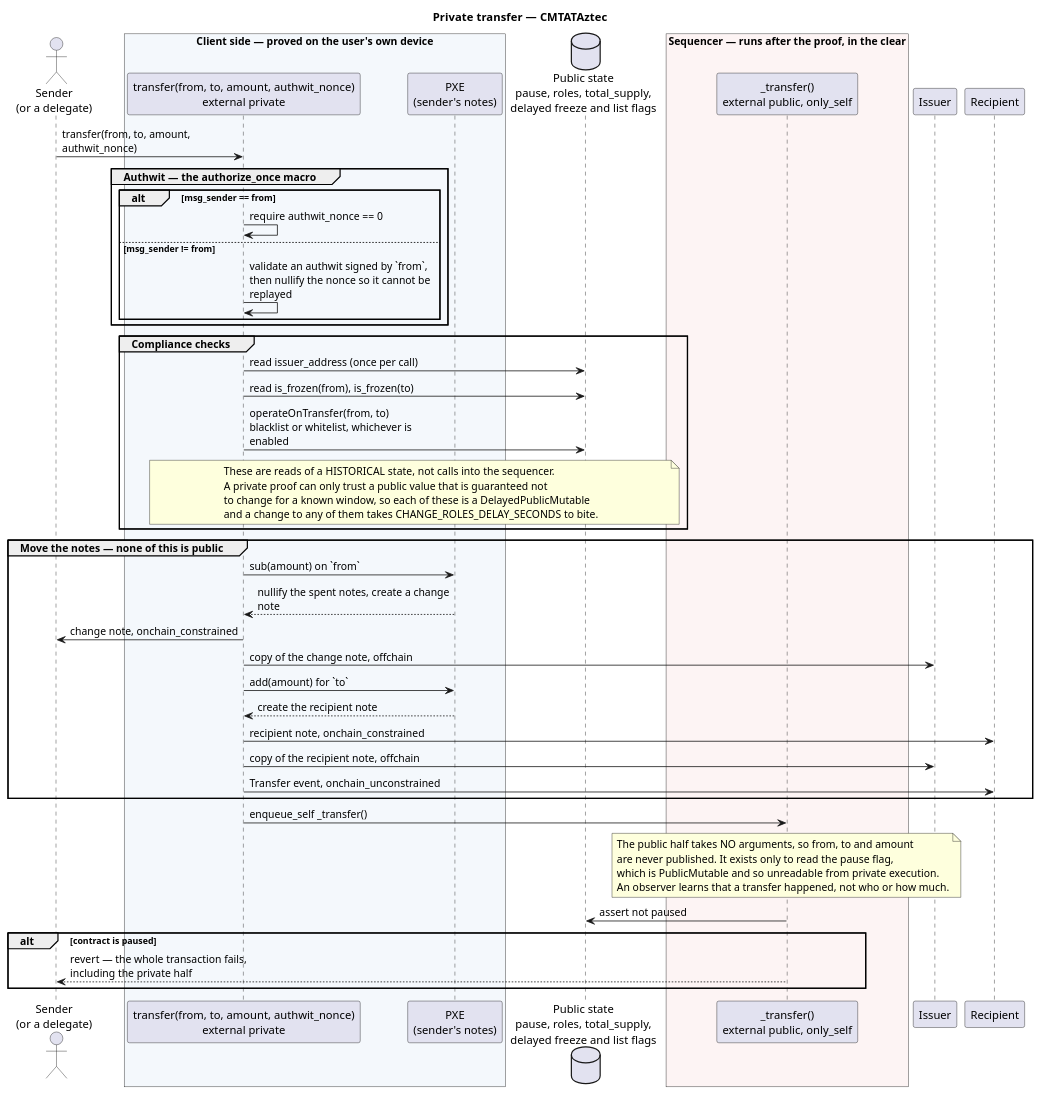
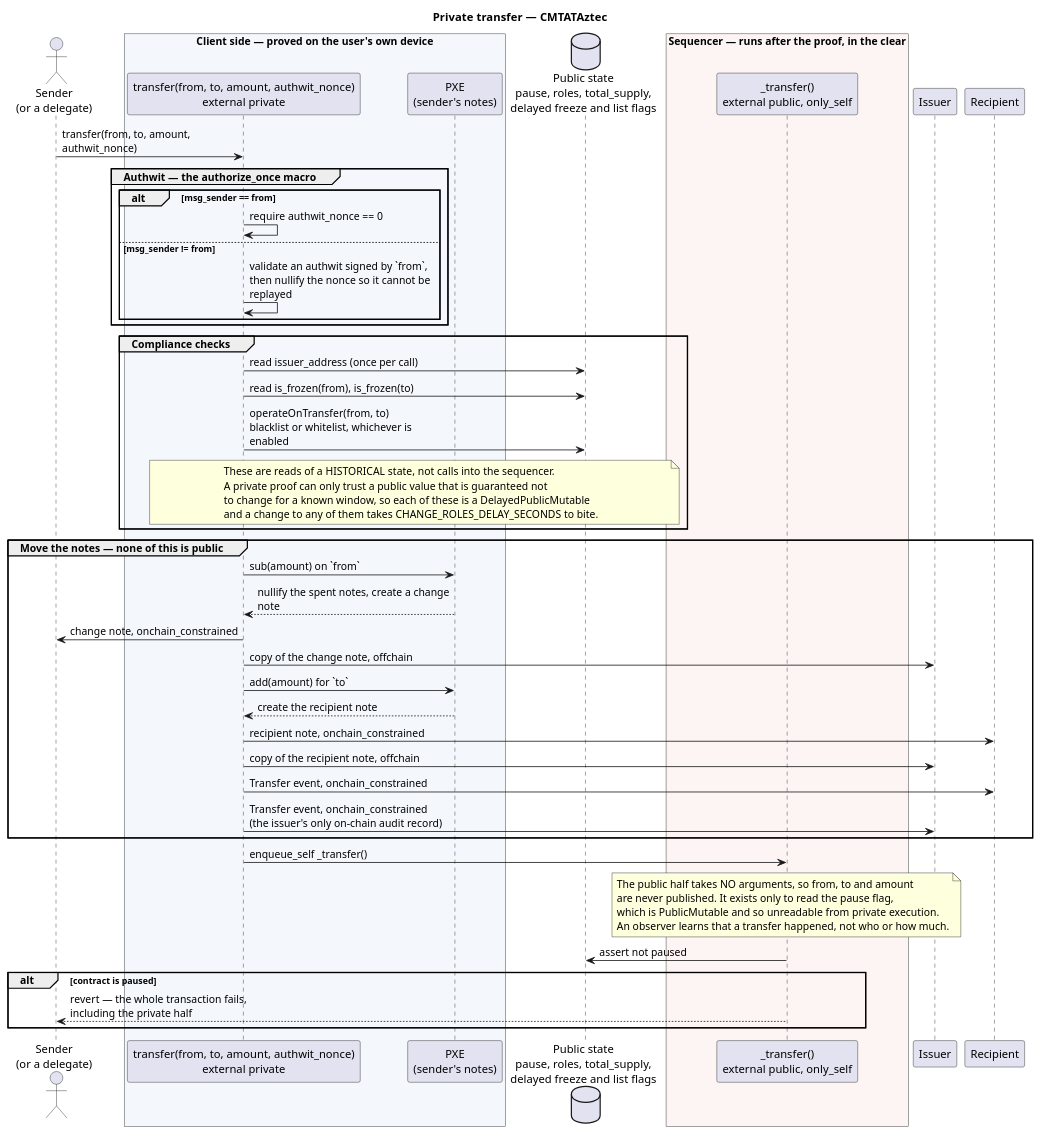
The diagram in doc/img/transfer-flow.puml (CMTA/private-CMTAT-aztec), drawn with PlantUML before and after one commit. The commit also changed 12 other files, not shown here.

Commit message:
feat: deliver the Transfer event constrained to the recipient and the issuer, lowering the transfer batch cap to two

```diff
--- a/doc/img/transfer-flow.puml
+++ b/doc/img/transfer-flow.puml
@@ -1,65 +1,66 @@
 @startuml
 title Private transfer — CMTATAztec
 
 skinparam sequenceMessageAlign left
 skinparam maxMessageSize 250
 
 actor "Sender\n(or a delegate)" as Caller
 box "Client side — proved on the user's own device" #F4F8FC
 participant "transfer(from, to, amount, authwit_nonce)\nexternal private" as Priv
 participant "PXE\n(sender's notes)" as PXE
 end box
 database "Public state\npause, roles, total_supply,\ndelayed freeze and list flags" as PS
 box "Sequencer — runs after the proof, in the clear" #FDF4F4
 participant "_transfer()\nexternal public, only_self" as Pub
 end box
 participant "Issuer" as Issuer
 participant "Recipient" as To
 
 Caller -> Priv : transfer(from, to, amount, authwit_nonce)
 
 group Authwit — the authorize_once macro
   alt msg_sender == from
     Priv -> Priv : require authwit_nonce == 0
   else msg_sender != from
     Priv -> Priv : validate an authwit signed by `from`,\nthen nullify the nonce so it cannot be replayed
   end
 end
 
 group Compliance checks
   Priv -> PS : read issuer_address (once per call)
   Priv -> PS : read is_frozen(from), is_frozen(to)
   Priv -> PS : operateOnTransfer(from, to)\nblacklist or whitelist, whichever is enabled
   note over Priv, PS
     These are reads of a HISTORICAL state, not calls into the sequencer.
     A private proof can only trust a public value that is guaranteed not
     to change for a known window, so each of these is a DelayedPublicMutable
     and a change to any of them takes CHANGE_ROLES_DELAY_SECONDS to bite.
   end note
 end
 
 group Move the notes — none of this is public
   Priv -> PXE : sub(amount) on `from`
   PXE --> Priv : nullify the spent notes, create a change note
   Priv -> Caller : change note, onchain_constrained
   Priv -> Issuer : copy of the change note, offchain
   Priv -> PXE : add(amount) for `to`
   PXE --> Priv : create the recipient note
   Priv -> To : recipient note, onchain_constrained
   Priv -> Issuer : copy of the recipient note, offchain
-  Priv -> To : Transfer event, onchain_unconstrained
+  Priv -> To : Transfer event, onchain_constrained
+  Priv -> Issuer : Transfer event, onchain_constrained\n(the issuer's only on-chain audit record)
 end
 
 Priv -> Pub : enqueue_self _transfer()
 note over Pub
   The public half takes NO arguments, so from, to and amount
   are never published. It exists only to read the pause flag,
   which is PublicMutable and so unreadable from private execution.
   An observer learns that a transfer happened, not who or how much.
 end note
 Pub -> PS : assert not paused
 alt contract is paused
   Pub --> Caller : revert — the whole transaction fails,\nincluding the private half
 end
 
 @enduml
```
